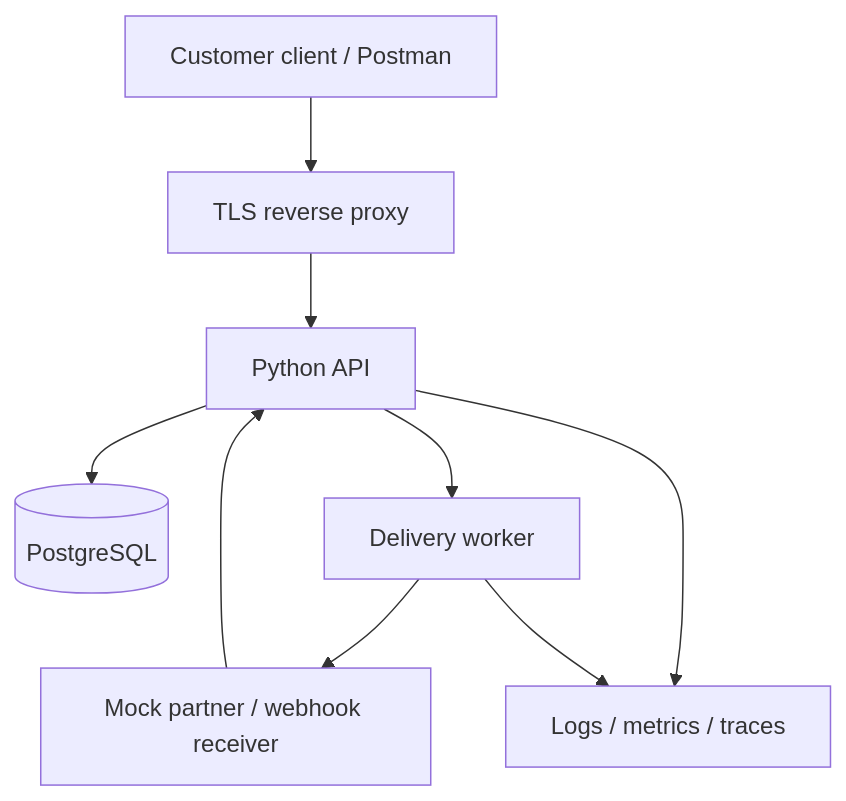
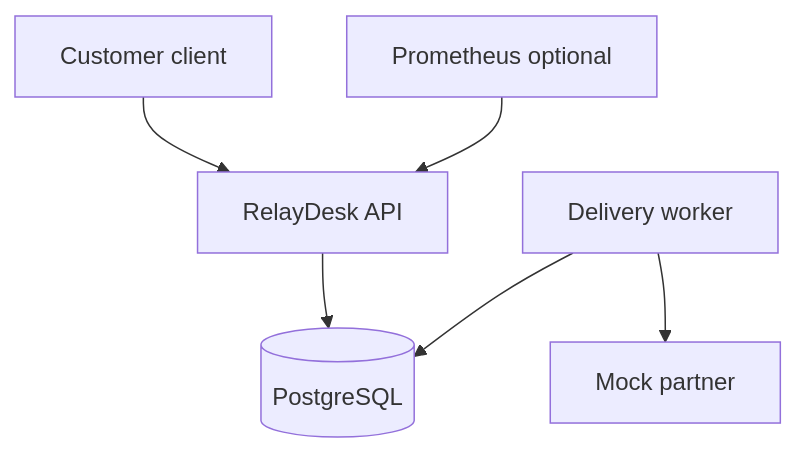
Before and after one commit to kinz0042/cloud-support-engineering-lab: the diagram in docs/architecture.md, drawn with Mermaid. The commit also changed other lines of this file, not shown here.

Commit message:
Correct architecture diagram to match implemented services

````diff
--- a/docs/architecture.md
+++ b/docs/architecture.md
@@ -11,11 +11,8 @@
 ```mermaid
 flowchart TD
-  Client[Customer client / Postman] --> Proxy[TLS reverse proxy]
-  Proxy --> API[Python API]
+  Client[Customer client] --> API[RelayDesk API]
   API --> DB[(PostgreSQL)]
-  API --> Worker[Delivery worker]
-  Worker --> Partner[Mock partner / webhook receiver]
-  Partner --> API
-  API --> Telemetry[Logs / metrics / traces]
-  Worker --> Telemetry
+  Worker[Delivery worker] --> DB
+  Worker --> Partner[Mock partner]
+  Prometheus[Prometheus optional] --> API
 ```
````
